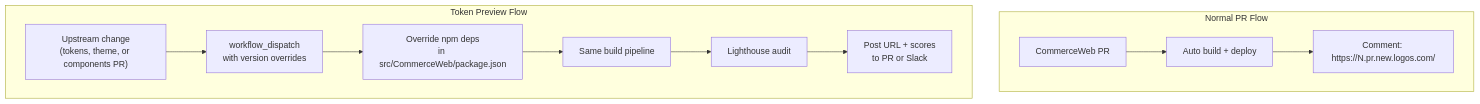
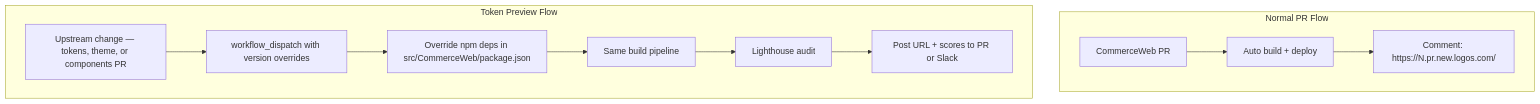
One commit to calebn/design-system-theme-evolution changed the second of 2 diagrams in inventory/docs/13-token-pipeline.md. Above: the diagram before and after it, drawn with Mermaid. The commit also changed other lines of this file, not shown here.

Commit message:
Change pipeline Mermaid diagrams from LR to TD orientation for readability.

````diff
--- a/inventory/docs/13-token-pipeline.md
+++ b/inventory/docs/13-token-pipeline.md
@@ -476,15 +476,19 @@
 ```mermaid
 flowchart TD
   subgraph normal [Normal PR Flow]
-    cwPR[CommerceWeb PR] --> autoBuild[Auto build + deploy]
-    autoBuild --> prComment["Comment: https://N.pr.new.logos.com/"]
+    cwPR[CommerceWeb PR]
+    autoBuild[Auto build + deploy]
+    prComment["Comment: https://N.pr.new.logos.com/"]
+    cwPR --> autoBuild --> prComment
   end
 
   subgraph tokenFlow [Token Preview Flow]
-    upstream["Upstream change\n(tokens, theme, or components PR)"] --> dispatch[workflow_dispatch\nwith version overrides]
-    dispatch --> overrideDeps[Override npm deps\nin src/CommerceWeb/package.json]
-    overrideDeps --> sameBuild[Same build pipeline]
-    sameBuild --> lighthouse[Lighthouse audit]
-    lighthouse --> notify["Post URL + scores\nto PR or Slack"]
+    upstream["Upstream change — tokens, theme, or components PR"]
+    dispatch["workflow_dispatch with version overrides"]
+    overrideDeps["Override npm deps in src/CommerceWeb/package.json"]
+    sameBuild[Same build pipeline]
+    lighthouse[Lighthouse audit]
+    notify["Post URL + scores to PR or Slack"]
+    upstream --> dispatch --> overrideDeps --> sameBuild --> lighthouse --> notify
   end
 ```
````
